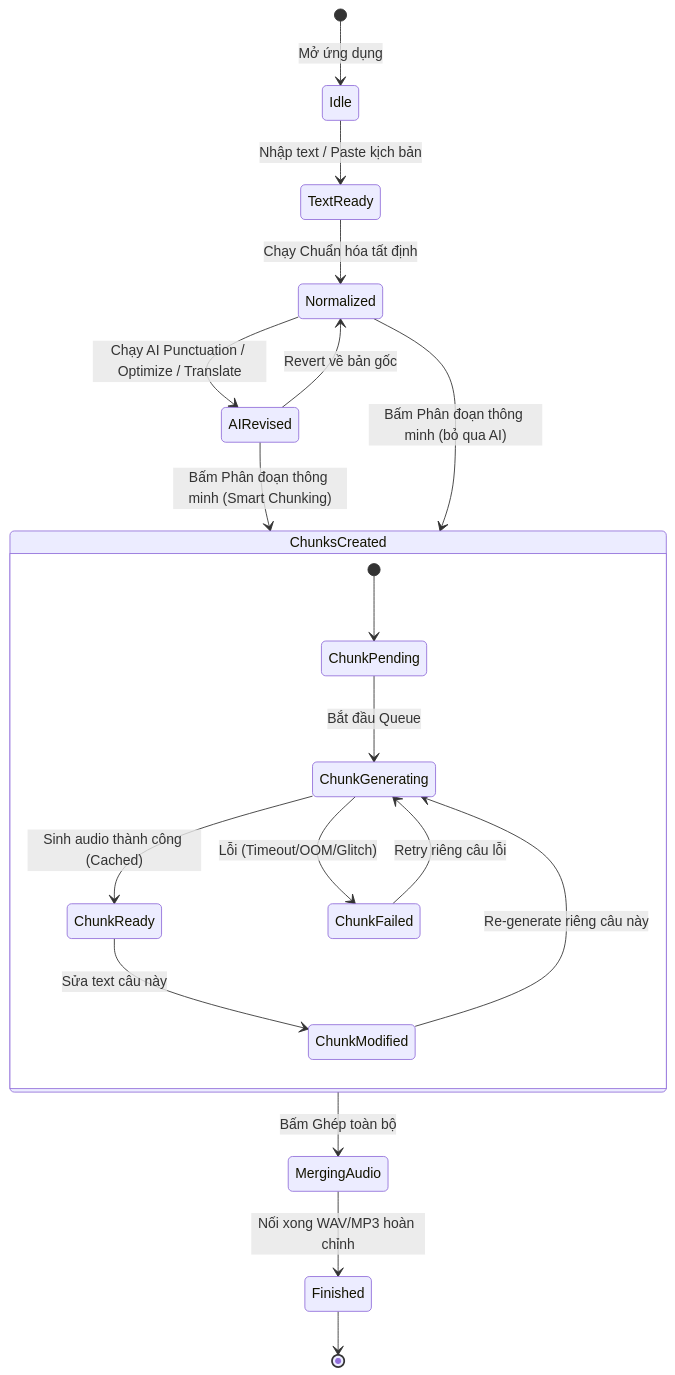
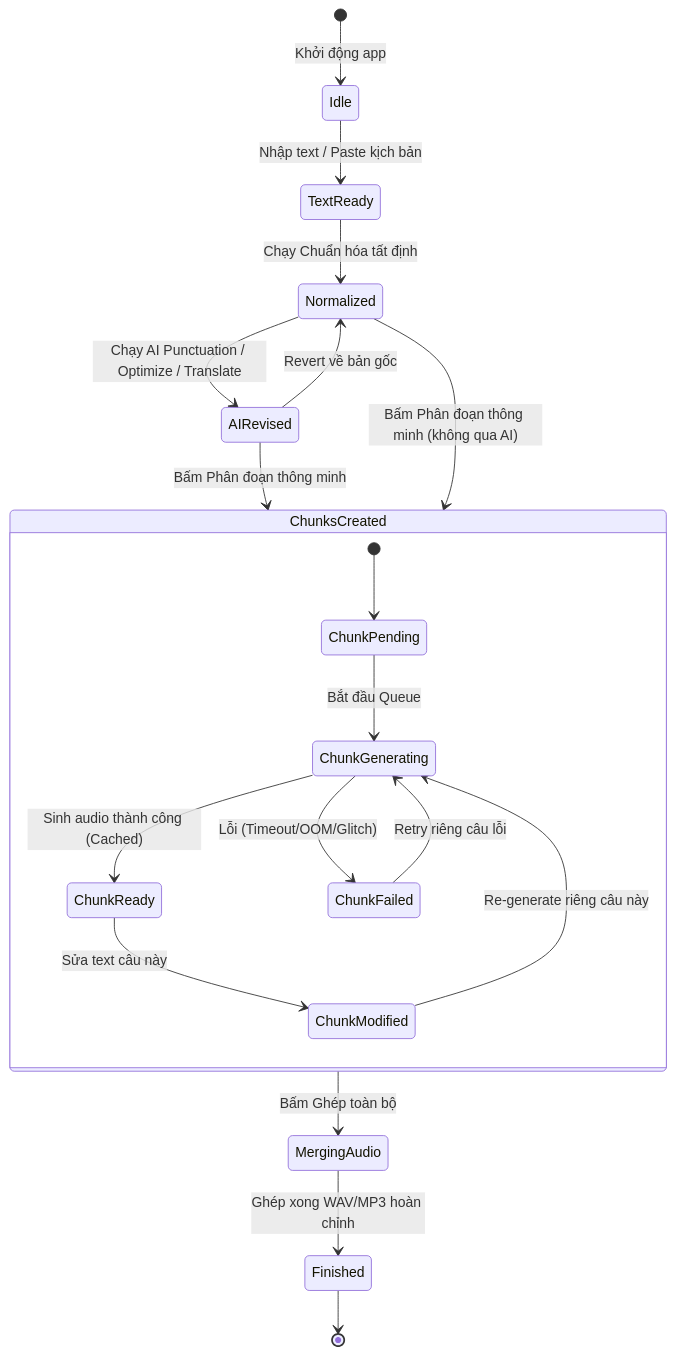
One commit to lucnguyen911/VOXLAB changed the diagram in SPEC.md. Above: the diagram before and after it, drawn with Mermaid. The commit also changed other lines of this file, not shown here.

````diff
--- a/SPEC.md
+++ b/SPEC.md
@@ -183,24 +155,24 @@
 ```mermaid
 stateDiagram-v2
-    [*] --> Idle: Mở ứng dụng
+    [*] --> Idle: Khởi động app
     Idle --> TextReady: Nhập text / Paste kịch bản
     TextReady --> Normalized: Chạy Chuẩn hóa tất định
     Normalized --> AIRevised: Chạy AI Punctuation / Optimize / Translate
     AIRevised --> Normalized: Revert về bản gốc
-    AIRevised --> ChunksCreated: Bấm Phân đoạn thông minh (Smart Chunking)
-    Normalized --> ChunksCreated: Bấm Phân đoạn thông minh (bỏ qua AI)
+    AIRevised --> ChunksCreated: Bấm Phân đoạn thông minh
+    Normalized --> ChunksCreated: Bấm Phân đoạn thông minh (không qua AI)
     
     state ChunksCreated {
         [*] --> ChunkPending
         ChunkPending --> ChunkGenerating: Bắt đầu Queue
         ChunkGenerating --> ChunkReady: Sinh audio thành công (Cached)
         ChunkGenerating --> ChunkFailed: Lỗi (Timeout/OOM/Glitch)
         ChunkFailed --> ChunkGenerating: Retry riêng câu lỗi
         ChunkReady --> ChunkModified: Sửa text câu này
         ChunkModified --> ChunkGenerating: Re-generate riêng câu này
     }
     
     ChunksCreated --> MergingAudio: Bấm Ghép toàn bộ
-    MergingAudio --> Finished: Nối xong WAV/MP3 hoàn chỉnh
+    MergingAudio --> Finished: Ghép xong WAV/MP3 hoàn chỉnh
     Finished --> [*]
 ```
````
